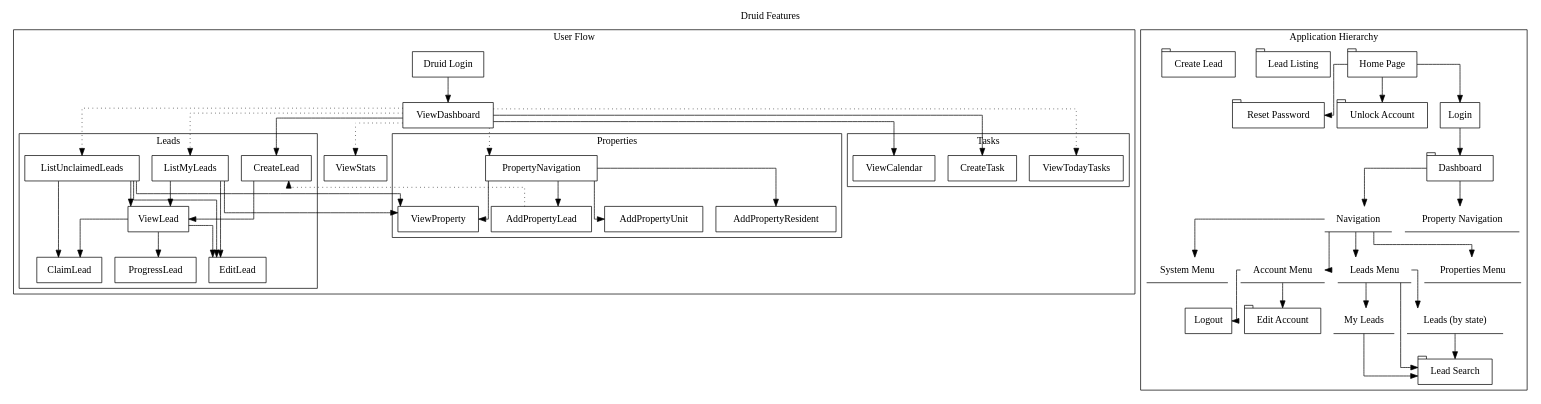
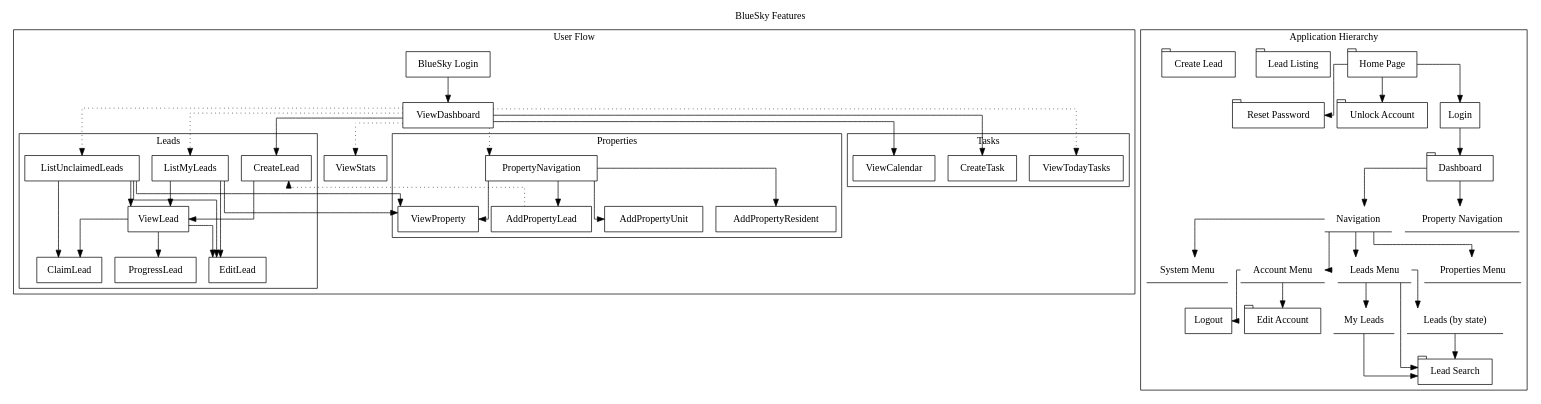
The diagram in doc/application-hierachy.dot (BetaNuTech/druid-web), drawn with Graphviz before and after one commit. The commit also changed 48 other files, not shown here.

Commit message:
Rebrand Druid to BlueSky * Druid to BlueSky or Bluesky string changes * Update LeadSources from Druid to Bluesky

```diff
--- a/doc/application-hierachy.dot
+++ b/doc/application-hierachy.dot
@@ -1,114 +1,114 @@
-digraph DruidAppHierarchy {
-  label="Druid Features";
+digraph BlueSkyAppHierarchy {
+  label="BlueSky Features";
   labelloc="t";
   node[shape="rect"];
   splines="ortho";
 
   subgraph cluster0 {
     label="User Flow";
 
-    Druid[label="Druid Login"];
+    BlueSky[label="BlueSky Login"];
 
-    Druid->ViewDashboard[style="solid"];
+    BlueSky->ViewDashboard[style="solid"];
     ViewDashboard->ListUnclaimedLeads[style="dotted"];
     ViewDashboard->ListMyLeads[style="dotted"];
     ViewDashboard->ViewStats[style="dotted"];
     ViewDashboard->CreateLead;
     ViewDashboard->PropertyNavigation[style="dotted"];
     ViewDashboard->ViewTodayTasks[style="dotted"];
     ViewDashboard->CreateTask;
     ViewDashboard->ViewCalendar;
 
     subgraph cluster1 {
       label="Leads";
       CreateLead;
       ListUnclaimedLeads->ClaimLead;
       ListUnclaimedLeads->ViewLead;
       ListUnclaimedLeads->EditLead;
 
       ListMyLeads->ViewLead;
       ListMyLeads->EditLead;
 
       ViewLead->ClaimLead;
       ViewLead->ProgressLead;
       ViewLead->EditLead;
 
       CreateLead->ViewLead;
     }
 
     ListUnclaimedLeads->ViewProperty;
     ListMyLeads->ViewProperty;
 
     subgraph cluster2 {
       label="Properties";
       ViewProperty;
       PropertyNavigation->ViewProperty;
       PropertyNavigation->AddPropertyLead;
       PropertyNavigation->AddPropertyUnit;
       PropertyNavigation->AddPropertyResident;
 
       AddPropertyLead->CreateLead[style="dotted"];
     }
 
 
     subgraph cluster3 {
       label="Tasks";
       ViewTodayTasks;
       ViewCalendar;
       CreateTask;
     }
 
   }
 
   subgraph cluster10 {
     label="Application Hierarchy";
     Home[label="Home Page"; shape="tab"];
     Unlock[label="Unlock Account"; shape="tab"];
     Login[label="Login"; shape="rect"];
     PasswordReset[label="Reset Password"; shape="tab"];
     Dashboard[label="Dashboard"; shape="tab"];
     Navigation[label="Navigation"; shape="underline"];
     LeadMenu[label="Leads Menu"; shape="underline"];
     PropertiesMenu[label="Properties Menu"; shape="underline"];
     SystemMenu[label="System Menu"; shape="underline"];
     AccountMenu[label="Account Menu"; shape="underline"];
     EditAccount[label="Edit Account"; shape="tab"];
     Logout[label="Logout"; shape="rect"];
     PropertyNavigation1[label="Property Navigation"; shape="underline"];
     LeadIndex[label="Lead Listing"; shape="tab"];
     LeadSearch[label="Lead Search"; shape="tab"];
     MyLeads[label="My Leads"; shape="underline"];
     LeadsByState[label="Leads (by state) "; shape="underline"];
     LeadNew[label="Create Lead"; shape="tab"];
 
     Home->Login;
     Home->PasswordReset;
     Home->Unlock;
     Login->Dashboard;
 
     Dashboard->Navigation;
     Dashboard->PropertyNavigation1;
 
     // Navigation Menu
     Navigation->LeadMenu;
     Navigation->PropertiesMenu;
     Navigation->SystemMenu;
     Navigation->AccountMenu;
 
     // Navigation -- Leads Menu
     LeadMenu->MyLeads;
     MyLeads->LeadSearch;
     LeadMenu->LeadsByState;
     LeadsByState->LeadSearch;
     LeadMenu->LeadSearch;
 
     // Navigation -- Properties Menu
 
 
 
     AccountMenu->EditAccount;
     AccountMenu->Logout;
   }
 
 
 }
```
